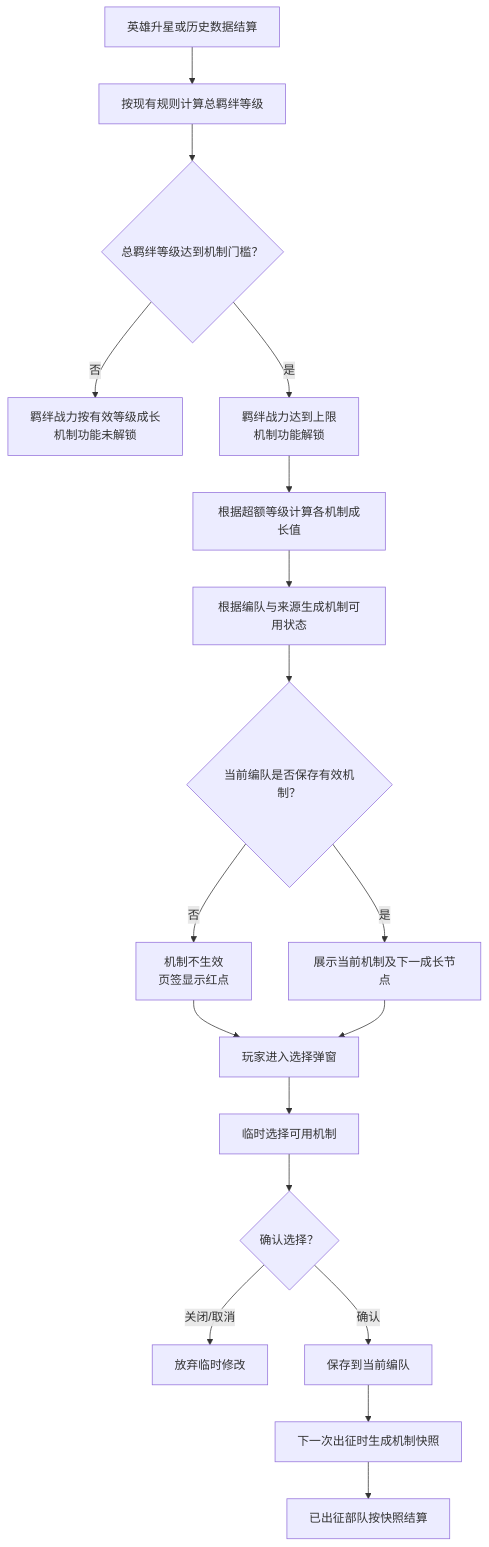
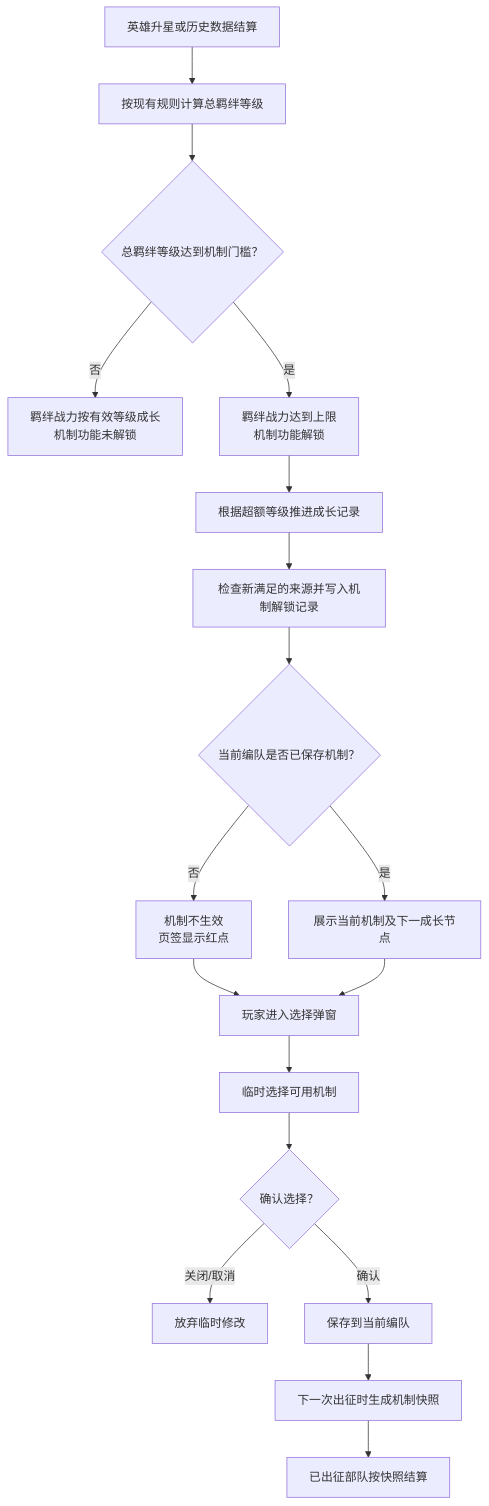
The diagram in output/英雄羁绊系统调整策划案.md (RehearsalTap4Fun/MindToDoc), drawn with Mermaid before and after one commit. The commit also changed other lines of this file and 17 other files, not shown here.

````diff
--- a/output/英雄羁绊系统调整策划案.md
+++ b/output/英雄羁绊系统调整策划案.md
@@ -83,20 +84,20 @@
 ```mermaid
 flowchart TD
     A["英雄升星或历史数据结算"] --> B["按现有规则计算总羁绊等级"]
     B --> C{"总羁绊等级达到机制门槛？"}
     C -- "否" --> D["羁绊战力按有效等级成长\n机制功能未解锁"]
     C -- "是" --> E["羁绊战力达到上限\n机制功能解锁"]
-    E --> F["根据超额等级计算各机制成长值"]
-    F --> G["根据编队与来源生成机制可用状态"]
-    G --> H{"当前编队是否保存有效机制？"}
+    E --> F["根据超额等级推进成长记录"]
+    F --> G["检查新满足的来源并写入机制解锁记录"]
+    G --> H{"当前编队是否已保存机制？"}
     H -- "否" --> I["机制不生效\n页签显示红点"]
     H -- "是" --> J["展示当前机制及下一成长节点"]
     I --> K["玩家进入选择弹窗"]
     J --> K
     K --> L["临时选择可用机制"]
     L --> M{"确认选择？"}
     M -- "关闭/取消" --> N["放弃临时修改"]
     M -- "确认" --> O["保存到当前编队"]
     O --> P["下一次出征时生成机制快照"]
     P --> Q["已出征部队按快照结算"]
 ```
````
